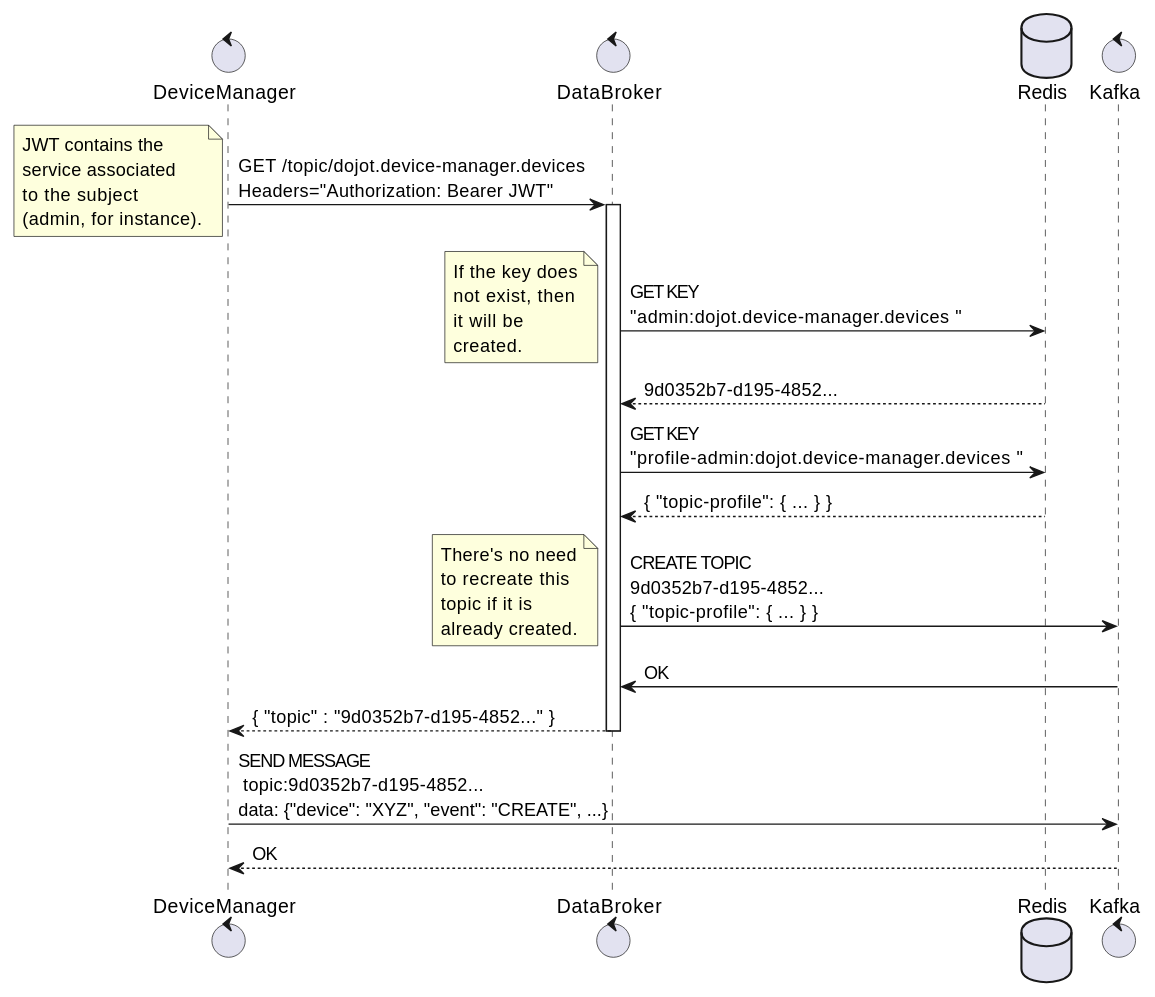
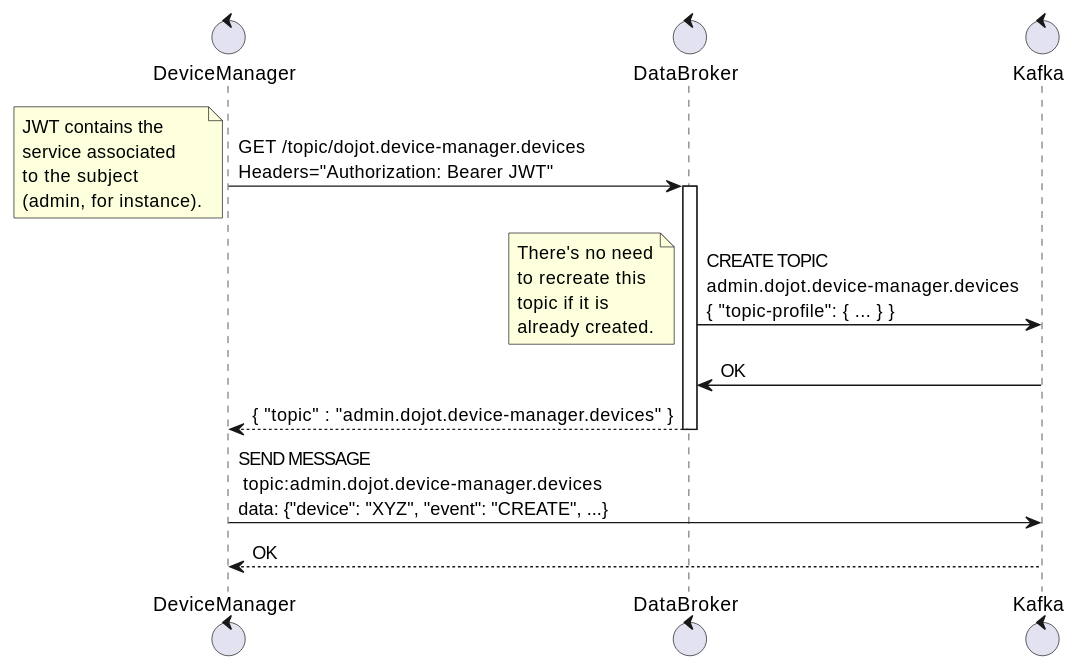
The fourth of 11 diagrams in source/internal-communication.rst (dojot/docs), drawn with PlantUML before and after one commit. The commit also changed other lines of this file and 5 other files, not shown here.

```diff
--- a/source/internal-communication.rst
+++ b/source/internal-communication.rst
@@ -161,39 +163,28 @@
 .. uml::
    :caption: Retrieving Kafka topics
    :align: center
 
    control DeviceManager
    control DataBroker
-   database Redis
    control Kafka
 
    DeviceManager -> DataBroker: GET /topic/dojot.device-manager.devices \nHeaders="Authorization: Bearer JWT"
    note left
      JWT contains the
      service associated
      to the subject
      (admin, for instance).
    end note
    activate DataBroker
-   DataBroker -> Redis: GET KEY\n"admin:dojot.device-manager.devices "
-   note left
-     If the key does
-     not exist, then
-     it will be
-     created.
-   end note
-   Redis --> DataBroker: 9d0352b7-d195-4852...
-   DataBroker -> Redis: GET KEY\n"profile-admin:dojot.device-manager.devices "
-   Redis --> DataBroker: { "topic-profile": { ... } }
-   DataBroker -> Kafka: CREATE TOPIC \n9d0352b7-d195-4852...\n{ "topic-profile": { ... } }
+   DataBroker -> Kafka: CREATE TOPIC \nadmin.dojot.device-manager.devices\n{ "topic-profile": { ... } }
    note left
      There's no need
      to recreate this
      topic if it is
      already created.
    end note
    Kafka -> DataBroker: OK
-   DataBroker --> DeviceManager: { "topic" : "9d0352b7-d195-4852..." }
+   DataBroker --> DeviceManager: { "topic" : "admin.dojot.device-manager.devices" }
    deactivate DataBroker
-   DeviceManager -> Kafka: SEND MESSAGE\n topic:9d0352b7-d195-4852...\ndata: {"device": "XYZ", "event": "CREATE", ...}
+   DeviceManager -> Kafka: SEND MESSAGE\n topic:admin.dojot.device-manager.devices\ndata: {"device": "XYZ", "event": "CREATE", ...}
    Kafka --> DeviceManager: OK
```
